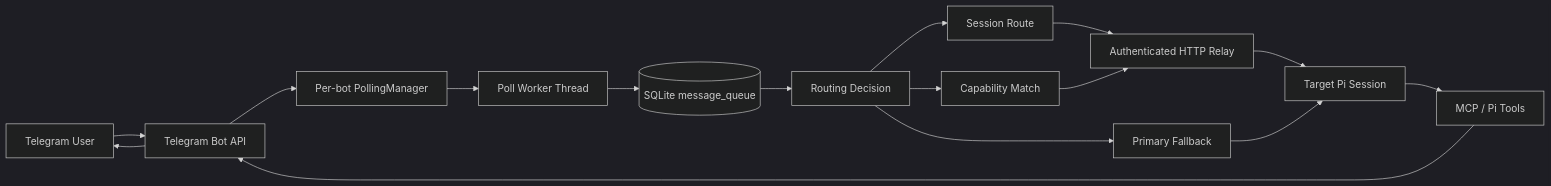
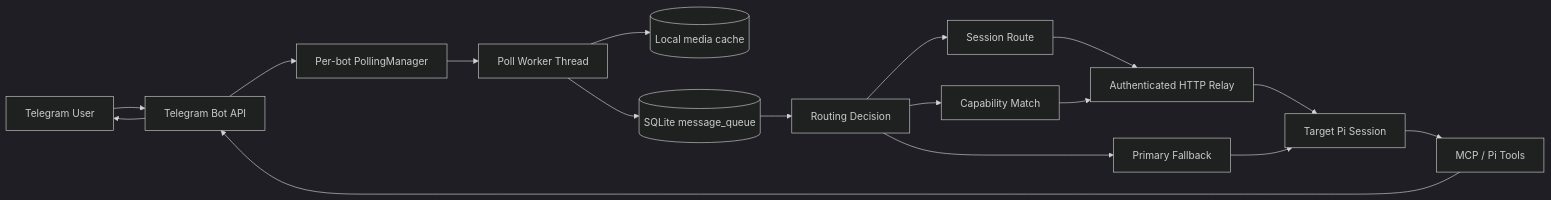
Before and after one commit to abhaymin/pi-teleg: the first of 11 diagrams in README.md, drawn with Mermaid (dark theme). The commit also changed other lines of this file and 6 other files, not shown here.

````diff
--- a/README.md
+++ b/README.md
@@ -72,18 +73,19 @@
 ```mermaid
 flowchart LR
   User[Telegram User] --> Bot[Telegram Bot API]
   Bot --> Poller[Per-bot PollingManager]
   Poller --> Worker[Poll Worker Thread]
+  Worker --> Media[(Local media cache)]
   Worker --> Queue[(SQLite message_queue)]
   Queue --> Router[Routing Decision]
   Router --> Direct[Session Route]
   Router --> Caps[Capability Match]
   Router --> Primary[Primary Fallback]
   Direct --> Relay[Authenticated HTTP Relay]
   Caps --> Relay
   Relay --> Session[Target Pi Session]
   Primary --> Session
   Session --> Tools[MCP / Pi Tools]
   Tools --> Bot
   Bot --> User
 ```
````
